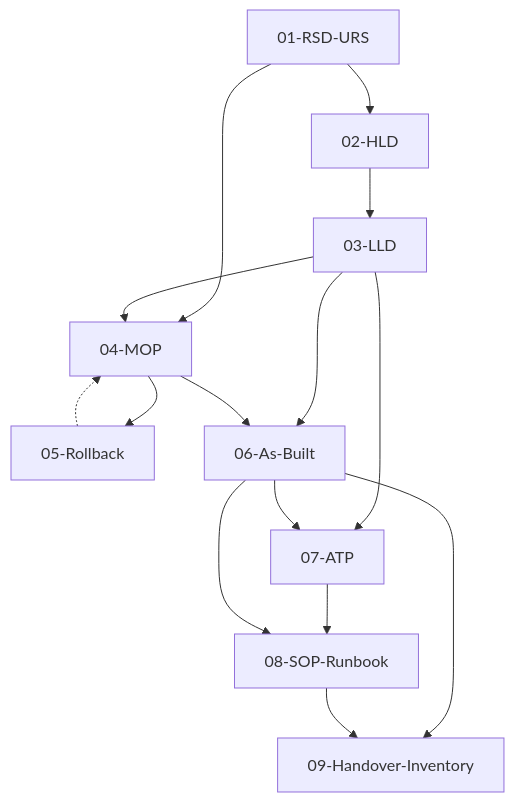
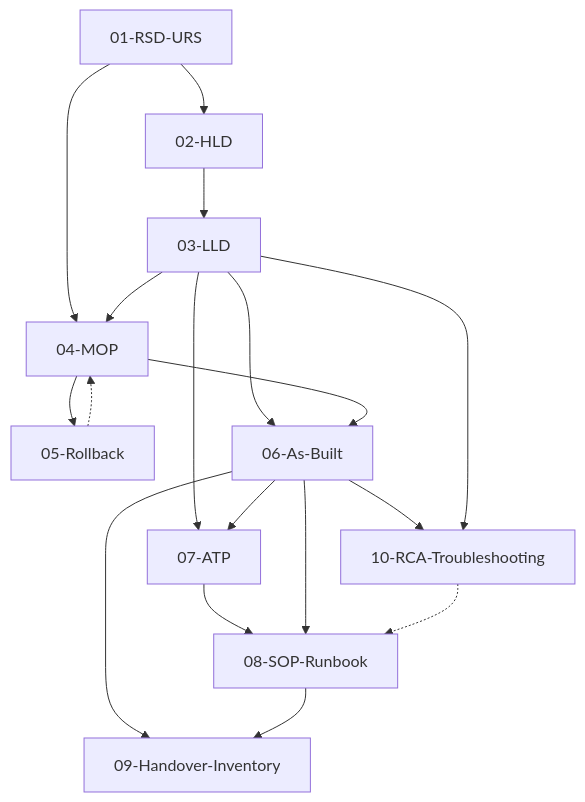
The diagram in templates/00-INDEX.md (matrixNeo76/ItInfra), drawn with Mermaid before and after one commit. The commit also changed other lines of this file and 11 other files, not shown here.

````diff
--- a/templates/00-INDEX.md
+++ b/templates/00-INDEX.md
@@ -146,17 +153,20 @@
 ```mermaid
 graph TD
     RSD[01-RSD-URS] --> HLD[02-HLD]
     RSD --> MOP[04-MOP]
     HLD --> LLD[03-LLD]
     LLD --> MOP
     MOP --> ROLL[05-Rollback]
     ROLL -.-> MOP
     LLD --> ASBUILT[06-As-Built]
     MOP --> ASBUILT
     LLD --> ATP[07-ATP]
     ASBUILT --> ATP
     ATP --> SOP[08-SOP-Runbook]
     ASBUILT --> SOP
     ASBUILT --> HAND[09-Handover-Inventory]
     SOP --> HAND
+    ASBUILT --> RCA[10-RCA-Troubleshooting]
+    LLD --> RCA
+    RCA -.-> SOP
 ```
````
